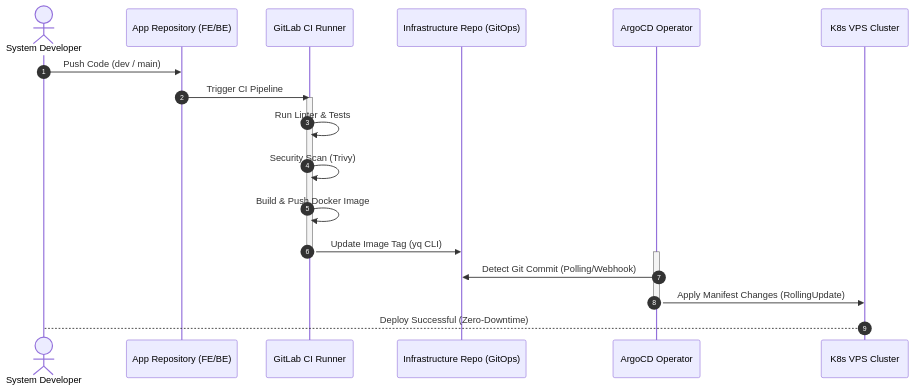
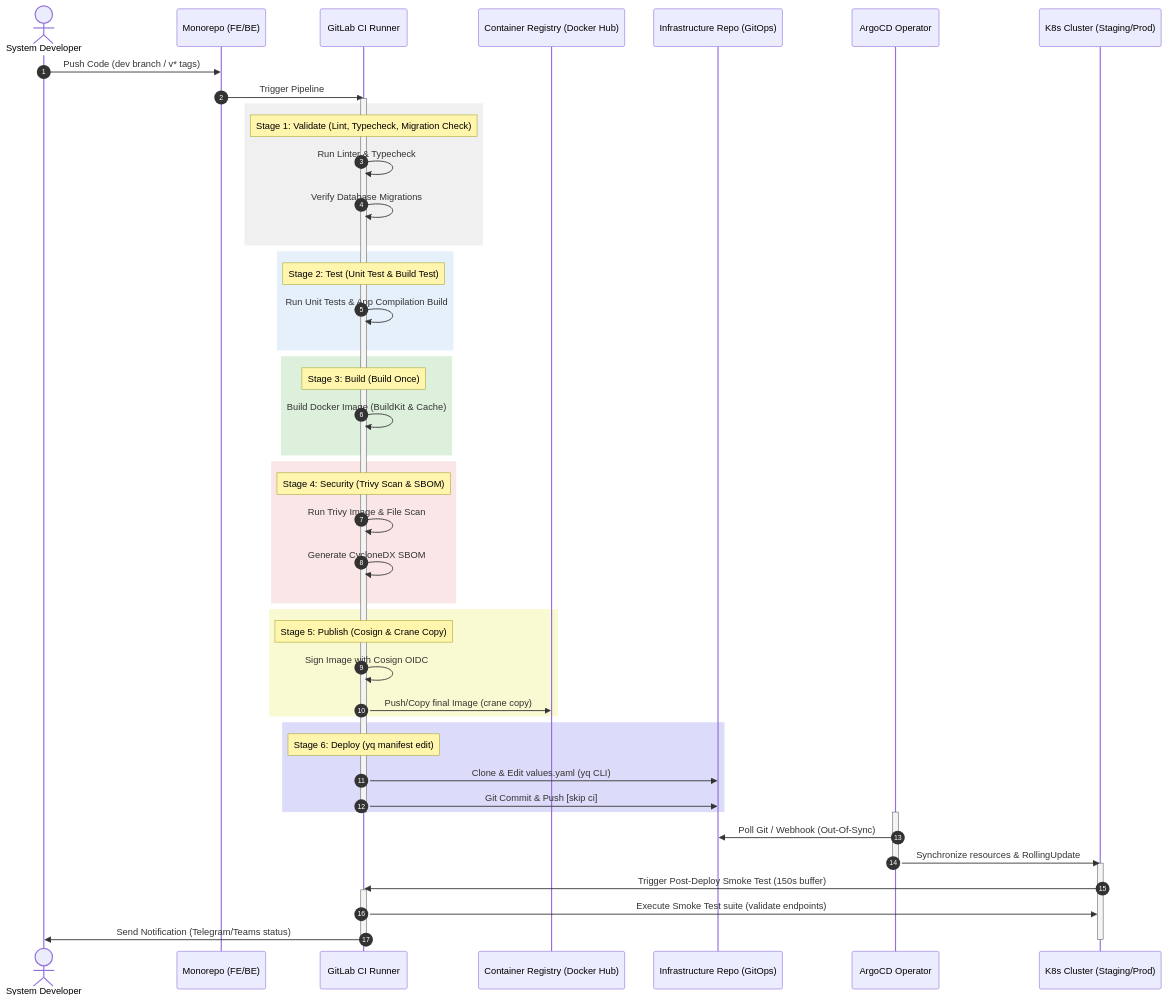
The diagram in docs/deployment/gitops-workflow.md (luudinhmac/myweb-profile-blog), drawn with Mermaid before and after one commit. The commit also changed other lines of this file and 1 other file, not shown here.

Commit message:
docs: align GitOps deployment workflow diagram and steps with actual 7 pipeline stages

````diff
--- a/docs/deployment/gitops-workflow.md
+++ b/docs/deployment/gitops-workflow.md
@@ -21,25 +21,63 @@
 ```mermaid
 sequenceDiagram
     autonumber
     actor Developer as System Developer
-    participant AppRepo as App Repository (FE/BE)
+    participant AppRepo as Monorepo (FE/BE)
     participant GitLab as GitLab CI Runner
+    participant Registry as Container Registry (Docker Hub)
     participant InfraRepo as Infrastructure Repo (GitOps)
     participant ArgoCD as ArgoCD Operator
-    participant Cluster as K8s VPS Cluster
+    participant Cluster as K8s Cluster (Staging/Prod)
 
-    Developer->>AppRepo: Push Code (dev / main)
-    AppRepo->>GitLab: Trigger CI Pipeline
+    Developer->>AppRepo: Push Code (dev branch / v* tags)
+    AppRepo->>GitLab: Trigger Pipeline
     activate GitLab
-    GitLab->>GitLab: Run Linter & Tests
-    GitLab->>GitLab: Security Scan (Trivy)
-    GitLab->>GitLab: Build & Push Docker Image
-    GitLab->>InfraRepo: Update Image Tag (yq CLI)
+    
+    rect rgb(240, 240, 240)
+        Note over GitLab: Stage 1: Validate (Lint, Typecheck, Migration Check)
+        GitLab->>GitLab: Run Linter & Typecheck
+        GitLab->>GitLab: Verify Database Migrations
+    end
+
+    rect rgb(230, 240, 250)
+        Note over GitLab: Stage 2: Test (Unit Test & Build Test)
+        GitLab->>GitLab: Run Unit Tests & App Compilation Build
+    end
+
+    rect rgb(220, 240, 220)
+        Note over GitLab: Stage 3: Build (Build Once)
+        GitLab->>GitLab: Build Docker Image (BuildKit & Cache)
+    end
+
+    rect rgb(250, 230, 230)
+        Note over GitLab: Stage 4: Security (Trivy Scan & SBOM)
+        GitLab->>GitLab: Run Trivy Image & File Scan
+        GitLab->>GitLab: Generate CycloneDX SBOM
+    end
+
+    rect rgb(250, 250, 210)
+        Note over GitLab: Stage 5: Publish (Cosign & Crane Copy)
+        GitLab->>GitLab: Sign Image with Cosign OIDC
+        GitLab->>Registry: Push/Copy final Image (crane copy)
+    end
+
+    rect rgb(220, 220, 250)
+        Note over GitLab: Stage 6: Deploy (yq manifest edit)
+        GitLab->>InfraRepo: Clone & Edit values.yaml (yq CLI)
+        GitLab->>InfraRepo: Git Commit & Push [skip ci]
+    end
     deactivate GitLab
-    
+
     activate ArgoCD
-    ArgoCD->>InfraRepo: Detect Git Commit (Polling/Webhook)
-    ArgoCD->>Cluster: Apply Manifest Changes (RollingUpdate)
+    ArgoCD->>InfraRepo: Poll Git / Webhook (Out-Of-Sync)
+    ArgoCD->>Cluster: Synchronize resources & RollingUpdate
     deactivate ArgoCD
-    Cluster-->Developer: Deploy Successful (Zero-Downtime)
+
+    activate Cluster
+    Cluster->>GitLab: Trigger Post-Deploy Smoke Test (150s buffer)
+    activate GitLab
+    GitLab->>Cluster: Execute Smoke Test suite (validate endpoints)
+    GitLab->>Developer: Send Notification (Telegram/Teams status)
+    deactivate GitLab
+    deactivate Cluster
 ```
````
